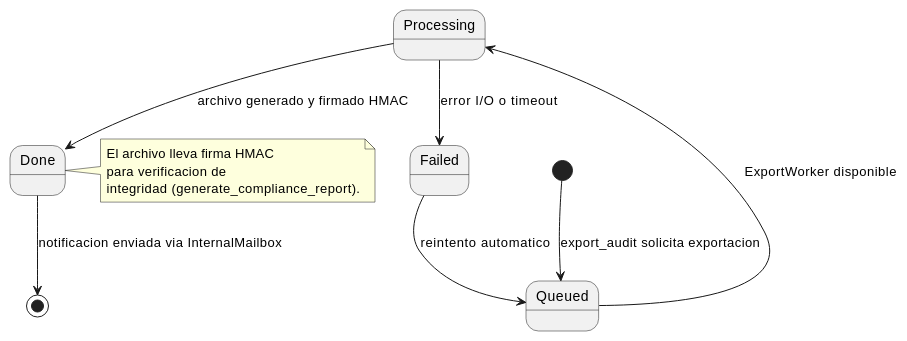
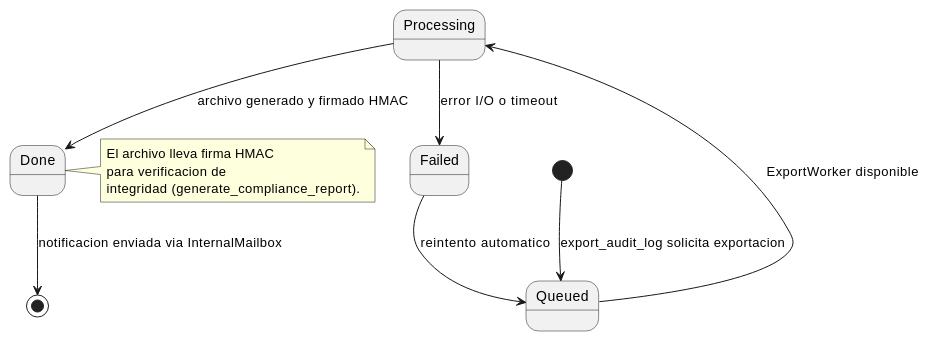
Before and after one commit to jcg-admin/IACT-docs: the second of 3 diagrams in source/arquitectura-tecnica/modulos/audit/diagramas.rst, drawn with PlantUML. The commit also changed other lines of this file and 157 other files, not shown here.

First line of the commit message:
Enforce catalog function names across all diagrams

```diff
--- a/source/arquitectura-tecnica/modulos/audit/diagramas.rst
+++ b/source/arquitectura-tecnica/modulos/audit/diagramas.rst
@@ -40,19 +40,19 @@
 .. uml::
  :caption: Estado del job de exportacion de audit log (UC_AUD_03).
 
  @startuml
 
- [*] --> Queued : export_audit solicita exportacion
+ [*] --> Queued : export_audit_log solicita exportacion
  Queued --> Processing : ExportWorker disponible
  Processing --> Done : archivo generado y firmado HMAC
  Processing --> Failed : error I/O o timeout
  Done --> [*] : notificacion enviada via InternalMailbox
  Failed --> Queued : reintento automatico
 
  note right of Done
    El archivo lleva firma HMAC
    para verificacion de
    integridad (generate_compliance_report).
  end note
 
  @enduml
```
